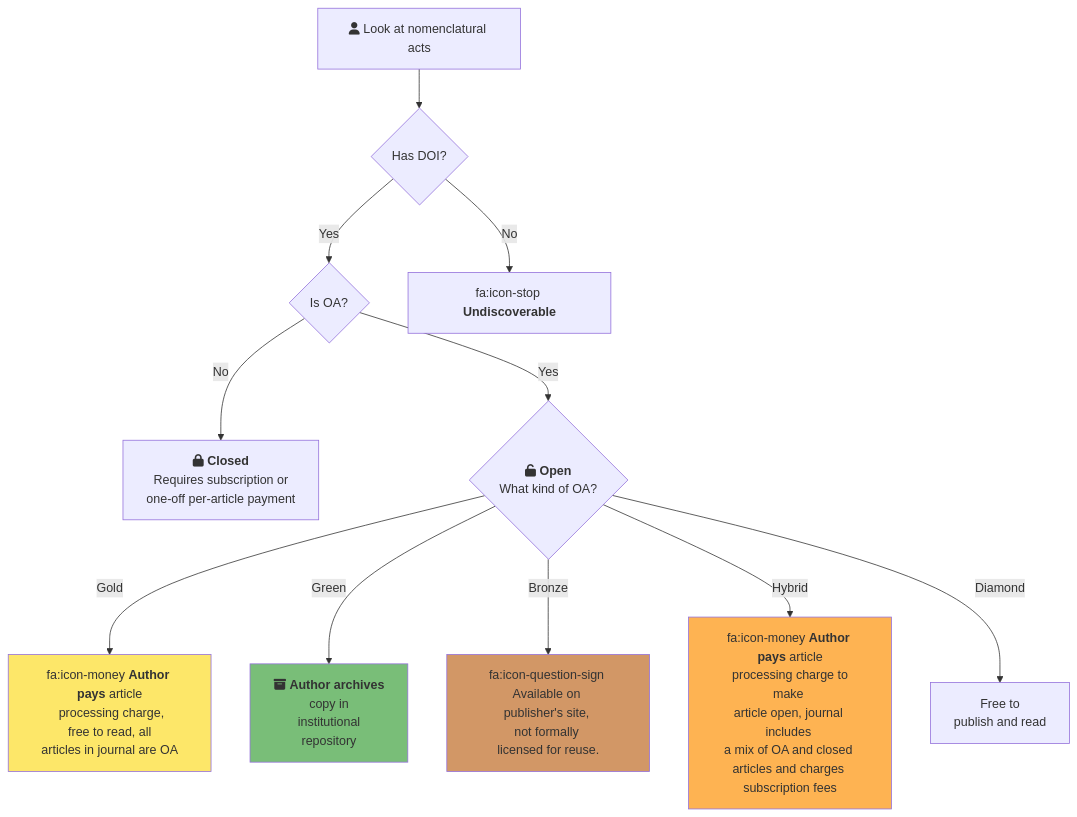
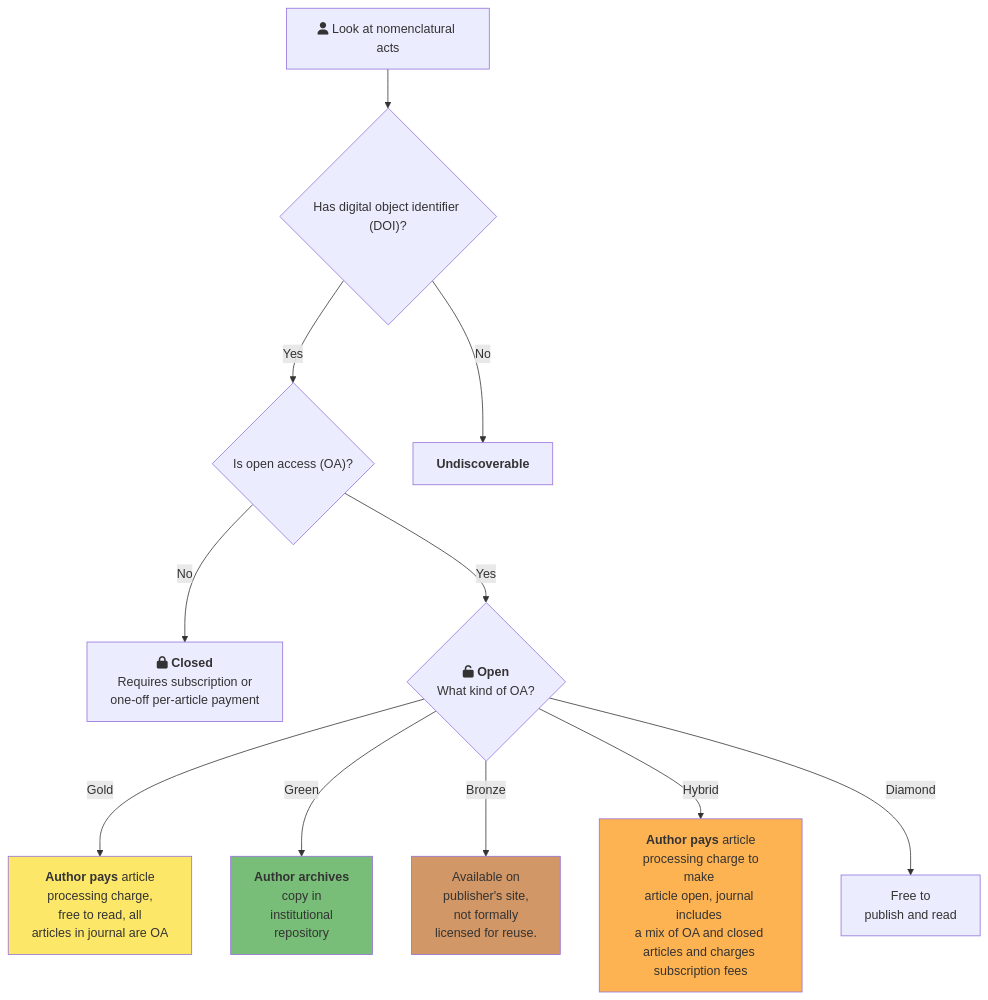
The diagram in 05-materials_and_methods.md (OA-WCVP/paper), drawn with Mermaid before and after one commit.

Commit message:
rm unsupported icons

````diff
--- a/05-materials_and_methods.md
+++ b/05-materials_and_methods.md
@@ -26,28 +26,28 @@
 ```{.mermaid caption="Category assignment"}
 graph TD
     Start[fa:fa-user Look at nomenclatural acts] --> HasDOI
-    HasDOI{"Has DOI?"}
-    HasDOI --> |Yes|IsOA{"Is OA?"}
-    HasDOI --> |No| NoDOI[fa:icon-stop <b>Undiscoverable</b>]
+    HasDOI{"Has digital object identifier (DOI)?"}
+    HasDOI --> |Yes|IsOA{"Is open access (OA)?"}
+    HasDOI --> |No| NoDOI[<b>Undiscoverable</b>]
     IsOA -->|No| Closed[fa:fa-lock <b>Closed</b><br/>Requires subscription or <br/>one-off per-article payment]
     IsOA -->|Yes| Open{fa:fa-unlock <b>Open</b><br/>What kind of OA?}
-    Open -->|Gold| Gold[fa:icon-money <b>Author pays</b> article<br/> processing charge,<br/> free to read, all <br/>articles in journal are OA]
-    Open -->|Green| Green[fa:fa-archive <b>Author archives</b><br/> copy in <br/>institutional <br/>repository]
-    Open -->|Bronze| Bronze[fa:icon-question-sign Available on <br/>publisher's site, <br/>not formally <br/>licensed for reuse.]
-    Open -->|Hybrid| Hybrid[fa:icon-money <b>Author pays</b> article<br/> processing charge to make <br/>article open, journal includes <br/>a mix of OA and closed <br/>articles and charges subscription fees]
+    Open -->|Gold| Gold[<b>Author pays</b> article<br/> processing charge,<br/> free to read, all <br/>articles in journal are OA]
+    Open -->|Green| Green[<b>Author archives</b><br/> copy in <br/>institutional <br/>repository]
+    Open -->|Bronze| Bronze[Available on <br/>publisher's site, <br/>not formally <br/>licensed for reuse.]
+    Open -->|Hybrid| Hybrid[<b>Author pays</b> article<br/> processing charge to make <br/>article open, journal includes <br/>a mix of OA and closed <br/>articles and charges subscription fees]
     Open -->|Diamond| Diamond[Free to <br/>publish and read]
     
     classDef Gold fill:#fde769;
     class Gold Gold;
 
   classDef Green fill:#79be78;
     class Green Green;
 
   classDef Bronze fill:#d29766;
     class Bronze Bronze;
     
     classDef Hybrid fill:#feb352;
     class Hybrid Hybrid;
 
 
 ```
````
